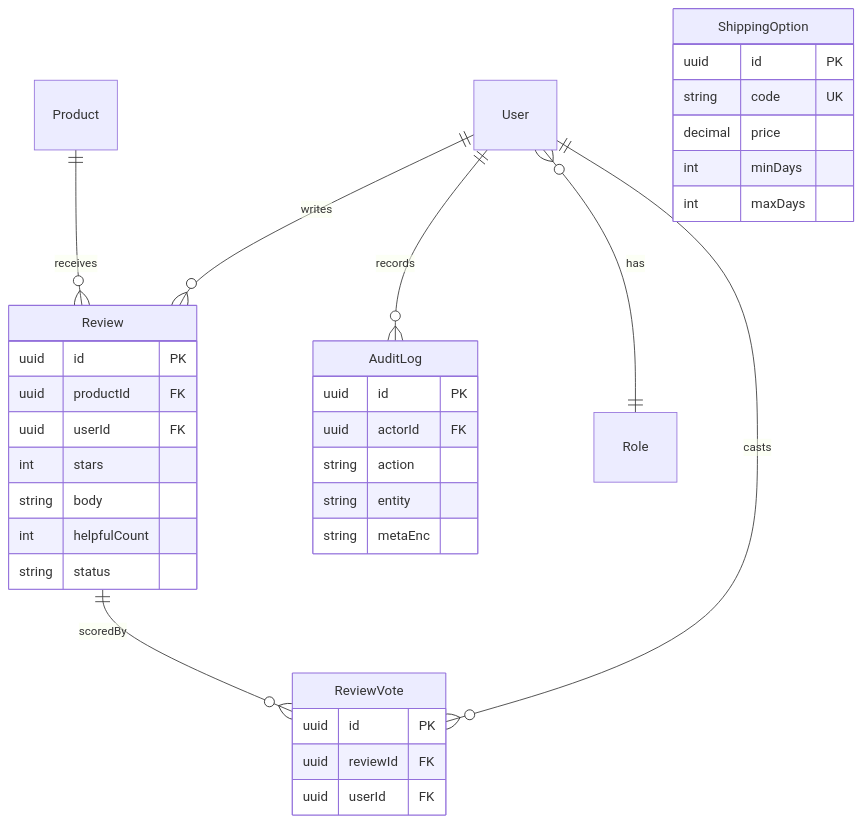
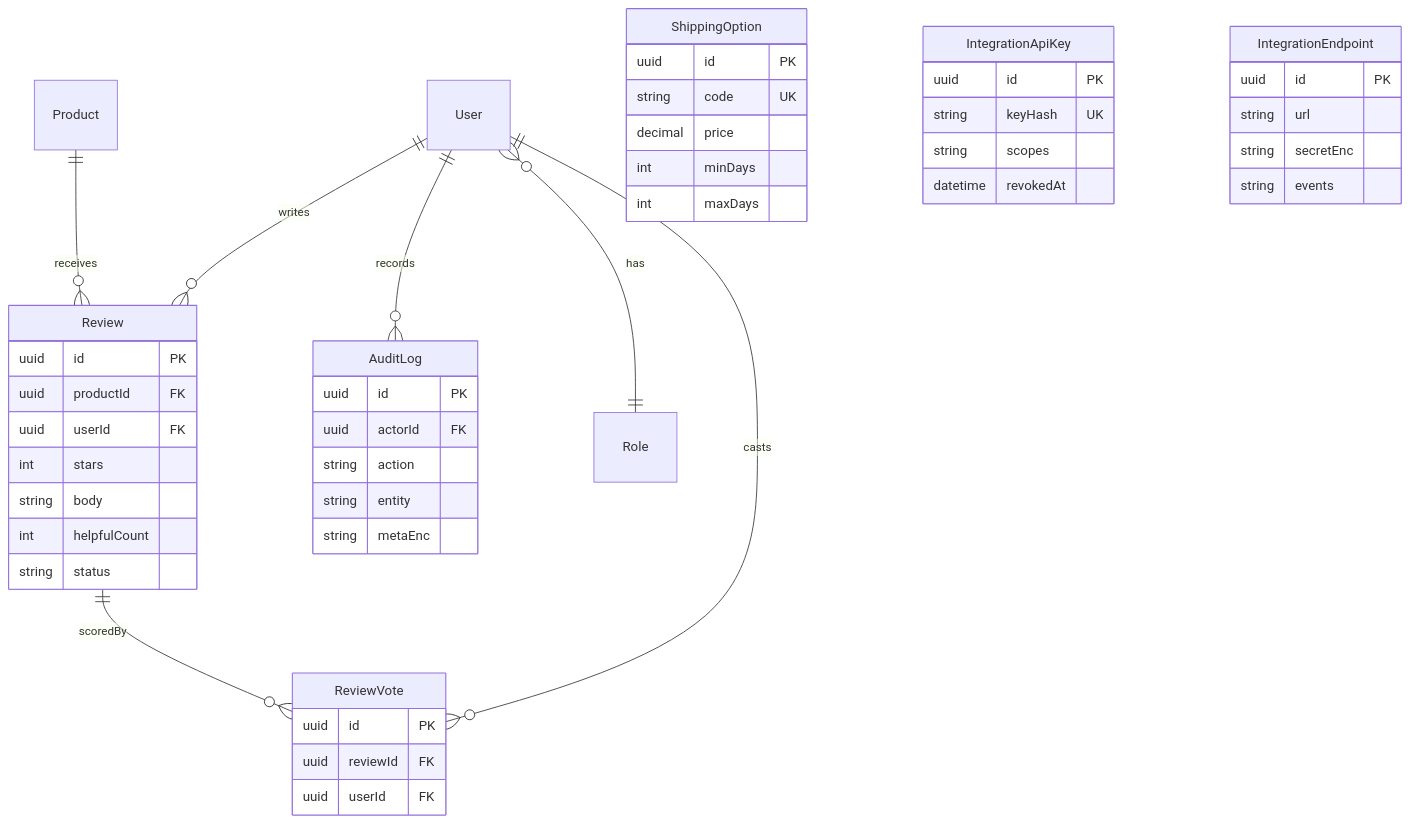
Before and after one commit to AlluFI/webshop: the third of 3 diagrams in docs/erd.md, drawn with Mermaid. The commit also changed other lines of this file and 75 other files, not shown here.

````diff
--- a/docs/erd.md
+++ b/docs/erd.md
@@ -182,38 +207,50 @@
 ```mermaid
 erDiagram
   Product ||--o{ Review : receives
   User ||--o{ Review : writes
   Review ||--o{ ReviewVote : scoredBy
   User ||--o{ ReviewVote : casts
   User ||--o{ AuditLog : records
   User }o--|| Role : has
 
   Review {
     uuid id PK
     uuid productId FK
     uuid userId FK
     int stars
     string body
     int helpfulCount
     string status
   }
   ReviewVote {
     uuid id PK
     uuid reviewId FK
     uuid userId FK
   }
   AuditLog {
     uuid id PK
     uuid actorId FK
     string action
     string entity
     string metaEnc
   }
   ShippingOption {
     uuid id PK
     string code UK
     decimal price
     int minDays
     int maxDays
   }
+  IntegrationApiKey {
+    uuid id PK
+    string keyHash UK
+    string scopes
+    datetime revokedAt
+  }
+  IntegrationEndpoint {
+    uuid id PK
+    string url
+    string secretEnc
+    string events
+  }
 ```
````
